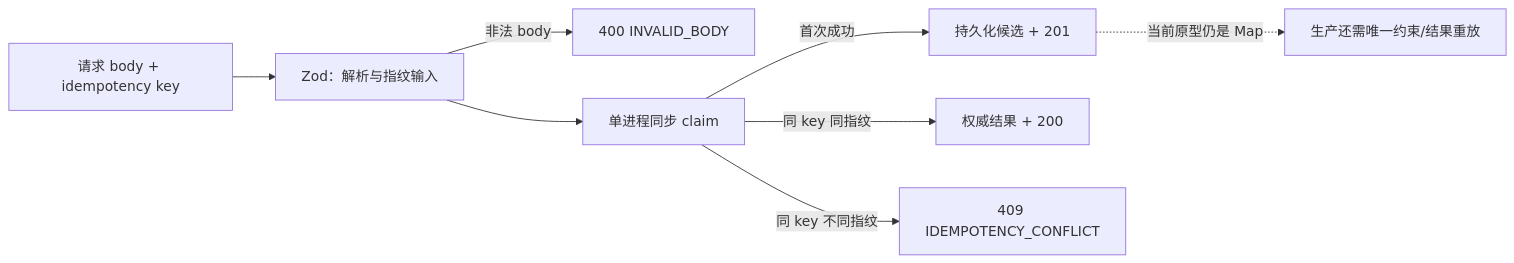
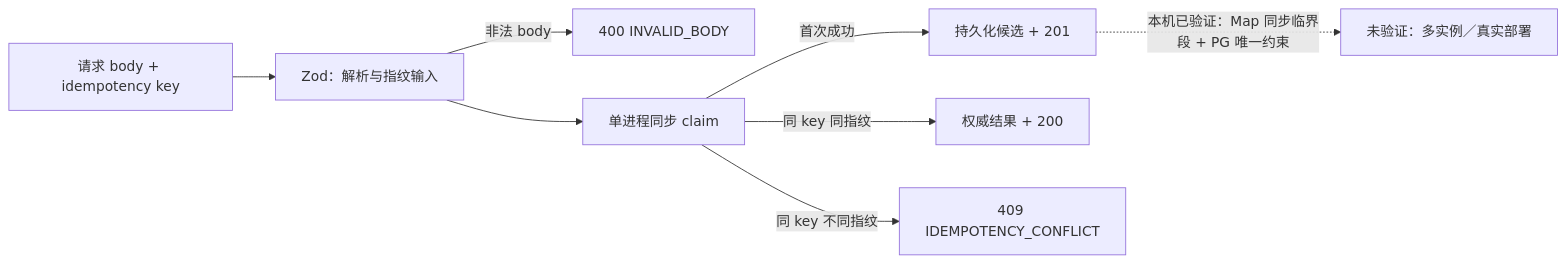
Before and after one commit to MoreConsequence/MoreConsequence.github.io: the diagram in content/posts/service-api-shape.md, drawn with Mermaid. The commit also changed other lines of this file and 37 other files, not shown here.

````diff
--- a/content/posts/service-api-shape.md
+++ b/content/posts/service-api-shape.md
@@ -92,10 +92,10 @@
 ```mermaid
 flowchart LR
   input["请求 body + idempotency key"] --> schema["Zod：解析与指纹输入"]
   schema -->|"非法 body"| bad["400 INVALID_BODY"]
   schema --> claim["单进程同步 claim"]
   claim -->|"首次成功"| created["持久化候选 + 201"]
   claim -->|"同 key 同指纹"| replay["权威结果 + 200"]
   claim -->|"同 key 不同指纹"| conflict["409 IDEMPOTENCY_CONFLICT"]
-  created -."当前原型仍是 Map".-> boundary["生产还需唯一约束/结果重放"]
+  created -."本机已验证：Map 同步临界段 + PG 唯一约束".-> boundary["未验证：多实例／真实部署"]
 ```
````
